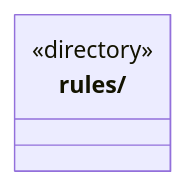
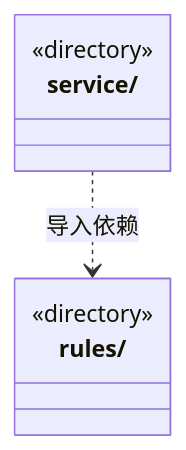
Before and after one commit to nan023062/cbim: the diagram in src/logic/governance/ARCHITECTURE.md, drawn with Mermaid. The commit also changed other lines of this file and 657 other files, not shown here.

````diff
--- a/src/logic/governance/ARCHITECTURE.md
+++ b/src/logic/governance/ARCHITECTURE.md
@@ -15,6 +15,10 @@
 ```mermaid
 classDiagram
 class N_src_logic_governance_rules["rules/"] {
   <<directory>>
 }
+class N_src_logic_governance_service["service/"] {
+  <<directory>>
+}
+N_src_logic_governance_service ..> N_src_logic_governance_rules : 导入依赖
 ```
````
